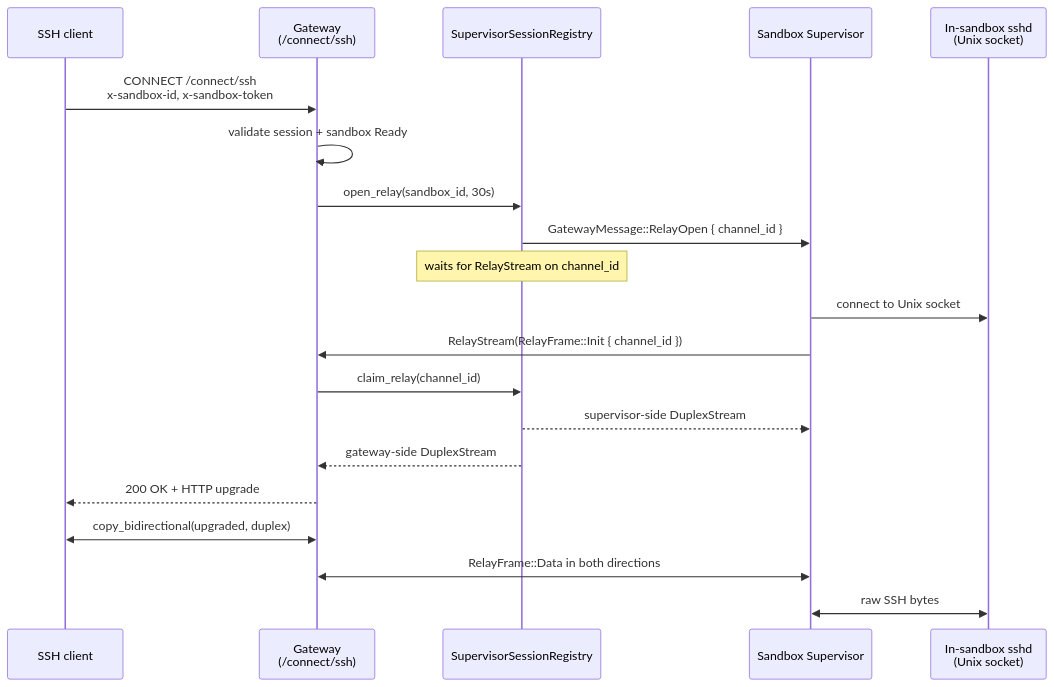
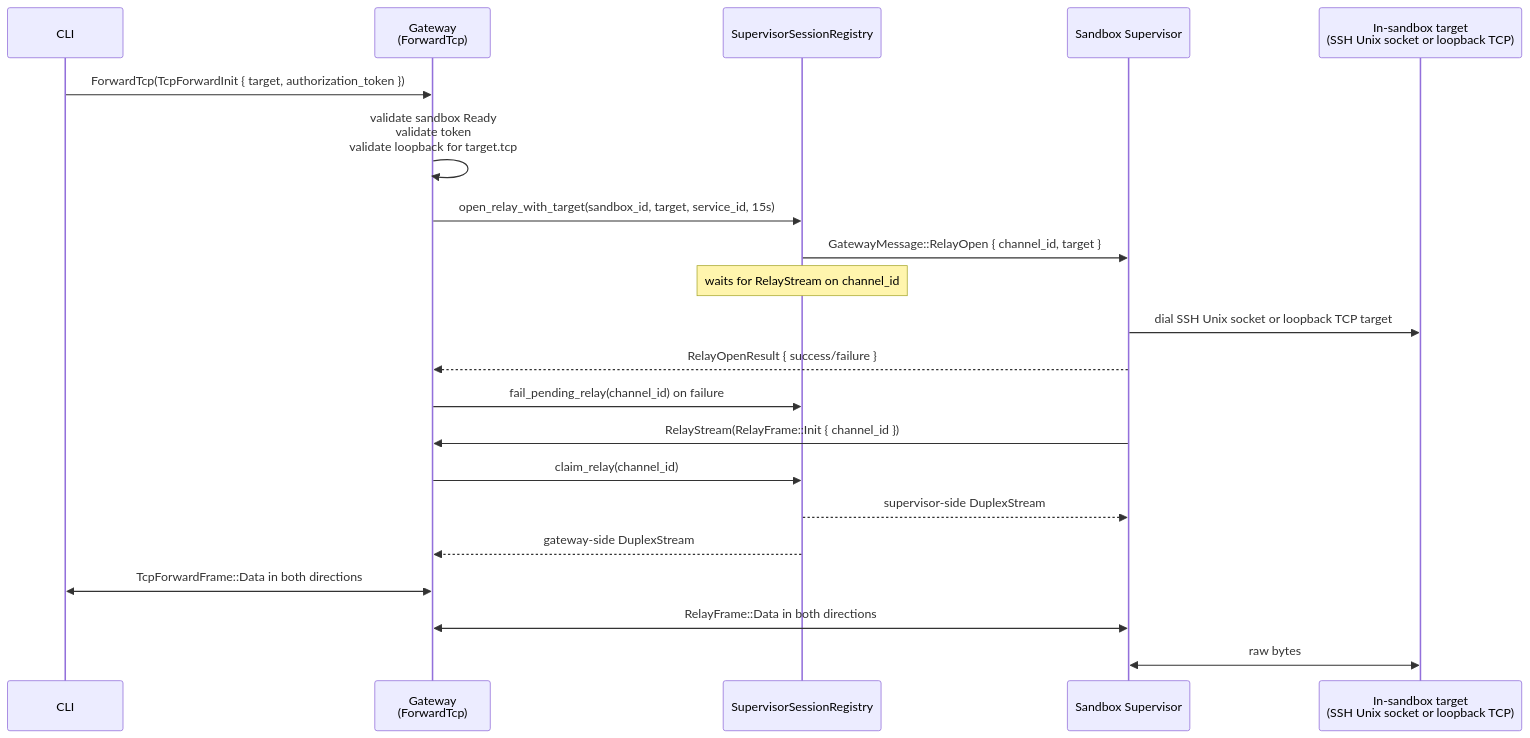
Before and after one commit to NVIDIA/OpenShell: the second of 3 diagrams in architecture/gateway.md, drawn with Mermaid. The commit also changed other lines of this file and 41 other files, not shown here.

Commit message:
feat(relay): route forwarding through ForwardTcp

````diff
--- a/architecture/gateway.md
+++ b/architecture/gateway.md
@@ -267,23 +269,24 @@
 ```mermaid
 sequenceDiagram
-    participant Client as SSH client
-    participant GW as Gateway<br/>(/connect/ssh)
+    participant Client as CLI
+    participant GW as Gateway<br/>(ForwardTcp)
     participant Reg as SupervisorSessionRegistry
     participant Sup as Sandbox Supervisor
-    participant Daemon as In-sandbox sshd<br/>(Unix socket)
+    participant Target as In-sandbox target<br/>(SSH Unix socket or loopback TCP)
 
-    Client->>GW: CONNECT /connect/ssh<br/>x-sandbox-id, x-sandbox-token
-    GW->>GW: validate session + sandbox Ready
-    GW->>Reg: open_relay(sandbox_id, 30s)
-    Reg->>Sup: GatewayMessage::RelayOpen { channel_id }
+    Client->>GW: ForwardTcp(TcpForwardInit { target, authorization_token })
+    GW->>GW: validate sandbox Ready<br/>validate token<br/>validate loopback for target.tcp
+    GW->>Reg: open_relay_with_target(sandbox_id, target, service_id, 15s)
+    Reg->>Sup: GatewayMessage::RelayOpen { channel_id, target }
     Note over Reg: waits for RelayStream on channel_id
-    Sup->>Daemon: connect to Unix socket
+    Sup->>Target: dial SSH Unix socket or loopback TCP target
+    Sup-->>GW: RelayOpenResult { success/failure }
+    GW->>Reg: fail_pending_relay(channel_id) on failure
     Sup->>GW: RelayStream(RelayFrame::Init { channel_id })
     GW->>Reg: claim_relay(channel_id)
     Reg-->>Sup: supervisor-side DuplexStream
     Reg-->>GW: gateway-side DuplexStream
-    GW-->>Client: 200 OK + HTTP upgrade
-    Client<<->>GW: copy_bidirectional(upgraded, duplex)
+    Client<<->>GW: TcpForwardFrame::Data in both directions
     GW<<->>Sup: RelayFrame::Data in both directions
-    Sup<<->>Daemon: raw SSH bytes
+    Sup<<->>Target: raw bytes
 ```
````
